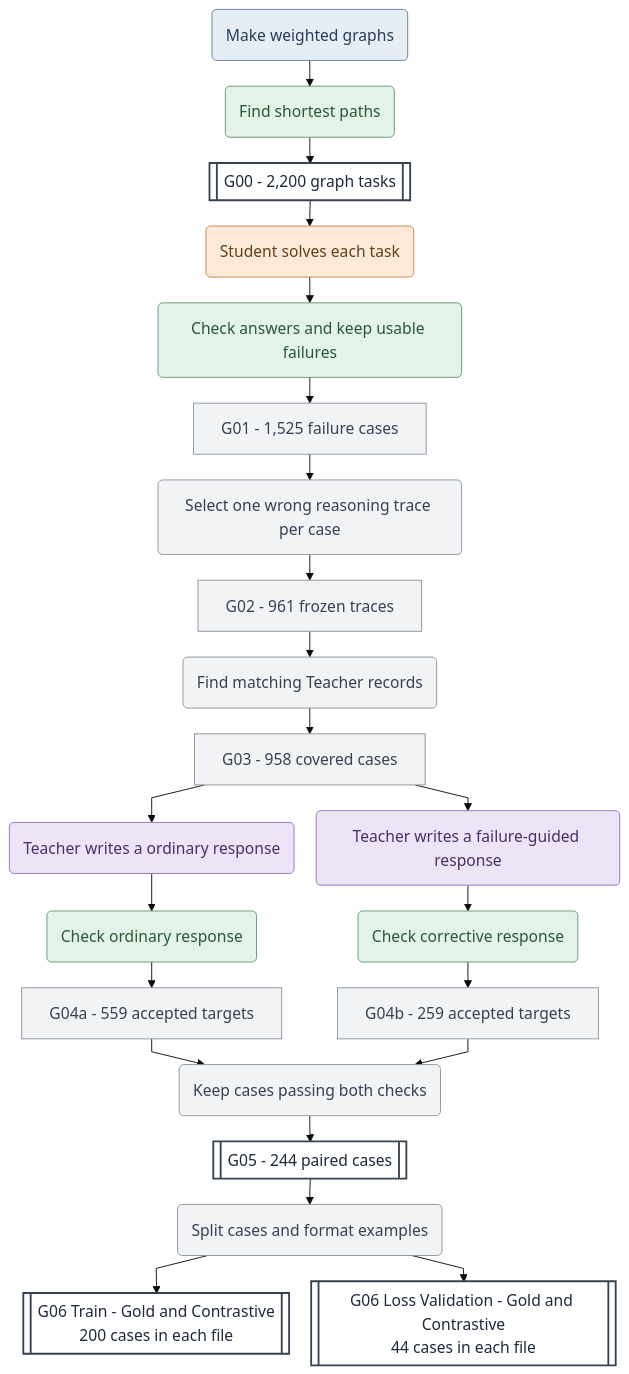
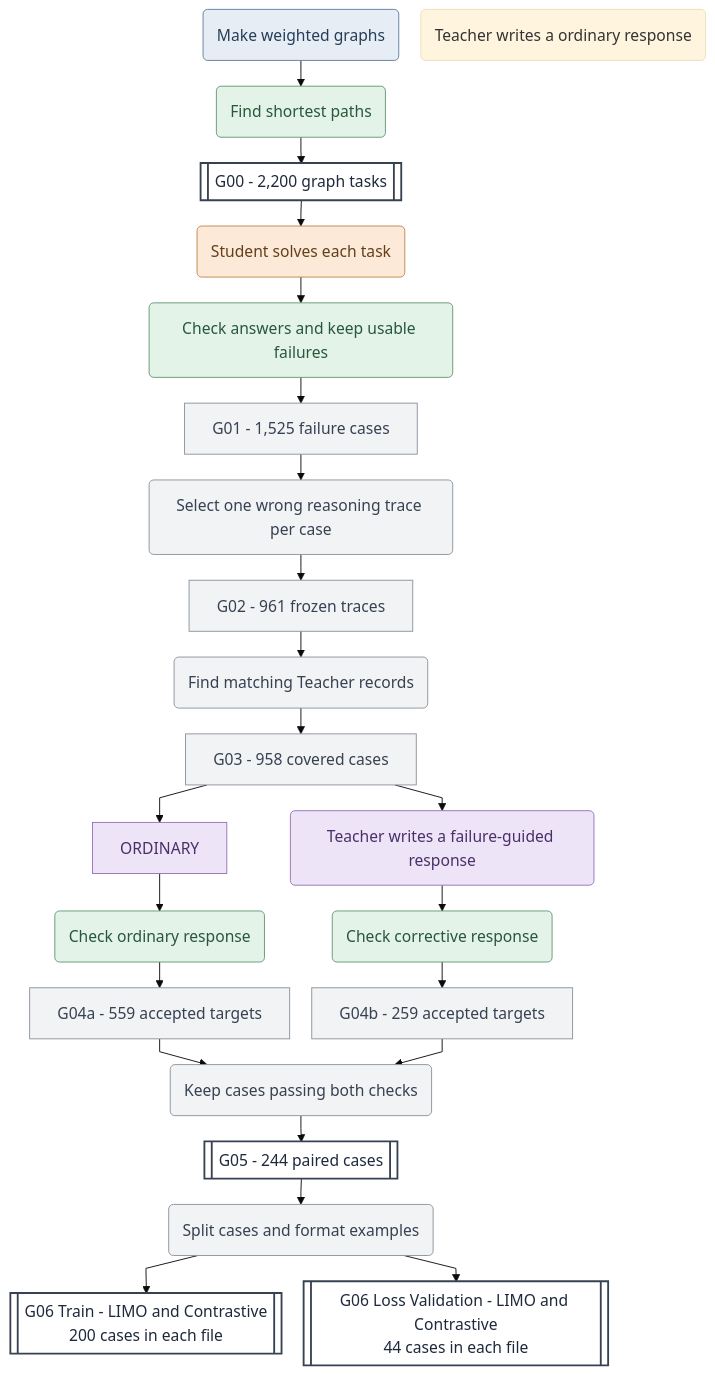
One commit to MinervaCyy/PathFACT changed the first of 3 diagrams in README.md. Above: the diagram before and after it, drawn with Mermaid. The commit also changed other lines of this file, not shown here.

````diff
--- a/README.md
+++ b/README.md
@@ -45,58 +45,58 @@
 ```mermaid
 %%{init: {"theme": "base", "themeVariables": {"fontSize": "17px"}, "flowchart": {"htmlLabels": false, "curve": "linear", "nodeSpacing": 24, "rankSpacing": 28, "wrappingWidth": 300}}}%%
 flowchart TB
     GEN("Make weighted graphs")
     SOLVE("Find shortest paths")
     G00[["G00 - 2,200 graph tasks"]]
 
     STUDENT("Student solves each task")
     CHECK("Check answers and keep usable failures")
     G01["G01 - 1,525 failure cases"]
 
     TRACE("Select one wrong reasoning trace per case")
     G02["G02 - 961 frozen traces"]
 
     COVER("Find matching Teacher records")
     G03["G03 - 958 covered cases"]
 
-    GOLD("Teacher writes a ordinary response")
+    Ordinary("Teacher writes a ordinary response")
     CORRECT("Teacher writes a failure-guided response")
     VG("Check ordinary response")
     VC("Check corrective response")
     G04A["G04a - 559 accepted targets"]
     G04B["G04b - 259 accepted targets"]
 
     PAIR("Keep cases passing both checks")
     G05[["G05 - 244 paired cases"]]
 
     SPLIT("Split cases and format examples")
-    TRAIN[["G06 Train - Gold and Contrastive<br/>200 cases in each file"]]
-    VAL[["G06 Loss Validation - Gold and Contrastive<br/>44 cases in each file"]]
+    TRAIN[["G06 Train - LIMO and Contrastive<br/>200 cases in each file"]]
+    VAL[["G06 Loss Validation - LIMO and Contrastive<br/>44 cases in each file"]]
 
     GEN --> SOLVE --> G00
     G00 --> STUDENT --> CHECK --> G01
     G01 --> TRACE --> G02
     G02 --> COVER --> G03
 
-    G03 --> GOLD --> VG --> G04A
+    G03 --> ORDINARY --> VG --> G04A
     G03 --> CORRECT --> VC --> G04B
     G04A --> PAIR
     G04B --> PAIR
     PAIR --> G05 --> SPLIT
     SPLIT --> TRAIN
     SPLIT --> VAL
 
     classDef generator fill:#E7EDF5,stroke:#617E9F,color:#263D58
     classDef student fill:#FCE9D7,stroke:#BE864D,color:#633F1B
     classDef teacher fill:#EEE4F8,stroke:#9573B8,color:#493068
     classDef verifier fill:#E3F3E8,stroke:#649773,color:#28573A
     classDef python fill:#F2F3F5,stroke:#8A929C,color:#364152
     classDef dataset fill:#FFFFFF,stroke:#364152,color:#1E293B,stroke-width:2px
 
     class GEN generator
     class STUDENT student
-    class GOLD,CORRECT teacher
+    class ORDINARY,CORRECT teacher
     class SOLVE,CHECK,VG,VC verifier
     class TRACE,COVER,PAIR,SPLIT,G01,G02,G03,G04A,G04B python
     class G00,G05,TRAIN,VAL dataset
 ```
````
